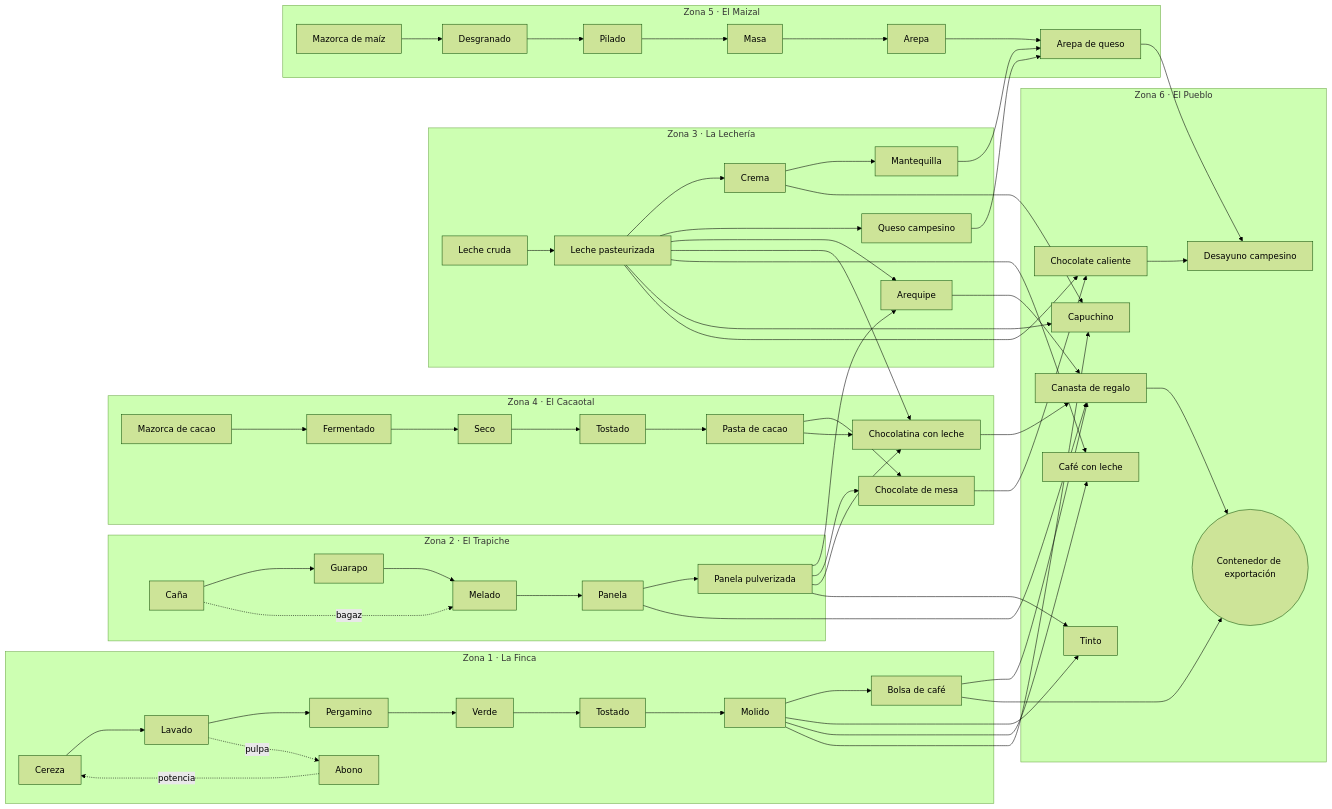
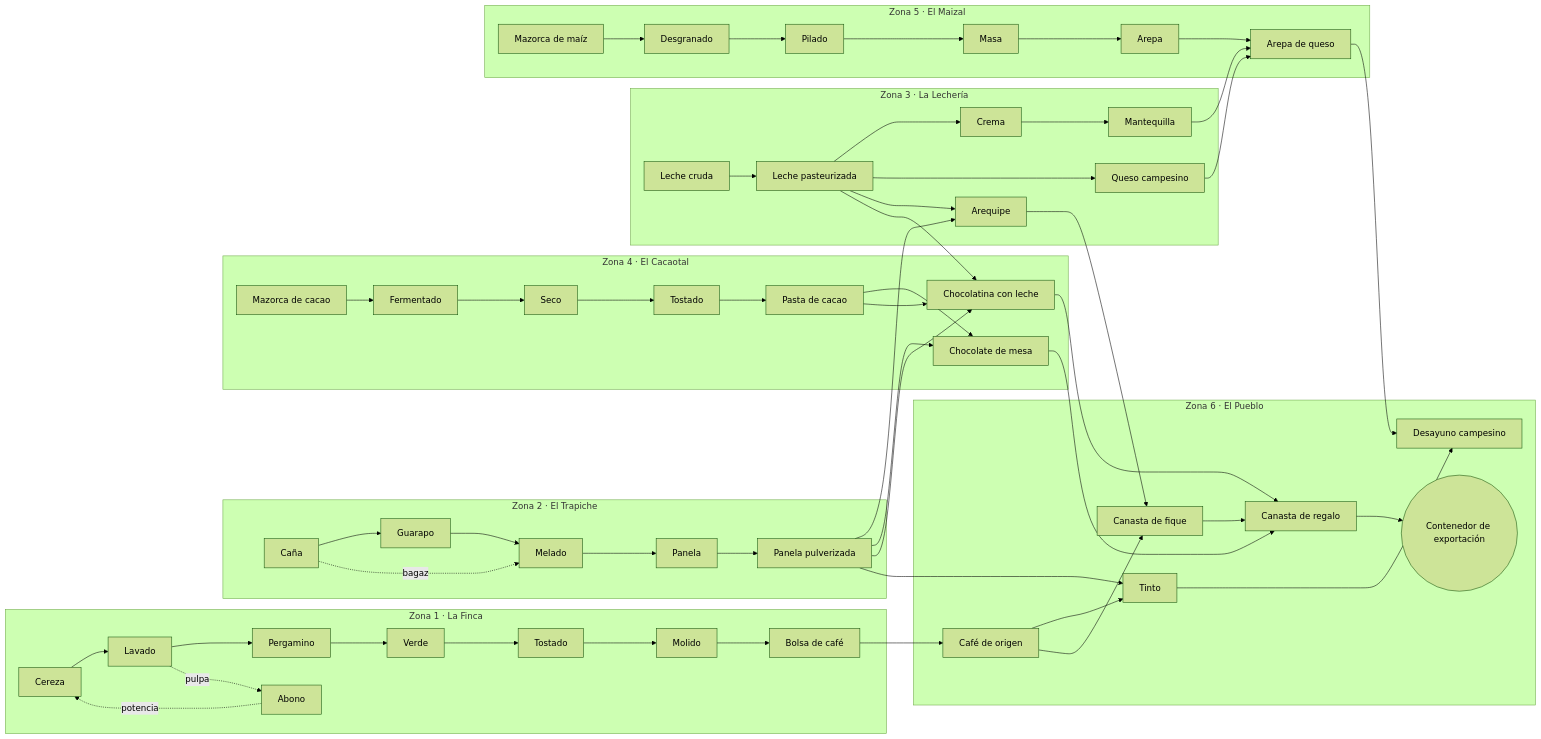
One commit to frealgagu/Game changed the diagram in docs/GDD.md. Above: the diagram before and after it, drawn with Mermaid (forest theme). The commit also changed other lines of this file and 32 other files, not shown here.

````diff
--- a/docs/GDD.md
+++ b/docs/GDD.md
@@ -107,48 +107,37 @@
 ```mermaid
 flowchart LR
   subgraph Z1[Zona 1 · La Finca]
     C1[Cereza] --> C2[Lavado] --> C3[Pergamino] --> C4[Verde] --> C5[Tostado] --> C6[Molido] --> C7[Bolsa de café]
     C2 -.pulpa.-> AB[Abono] -.potencia.-> C1
   end
   subgraph Z2[Zona 2 · El Trapiche]
     T1[Caña] --> T2[Guarapo] --> T3[Melado] --> T4[Panela] --> T5[Panela pulverizada]
     T1 -.bagazo.-> T3
   end
   subgraph Z3[Zona 3 · La Lechería]
     L1[Leche cruda] --> L2[Leche pasteurizada] --> L3[Crema] --> L4[Mantequilla]
     L2 --> L5[Queso campesino]
     L2 --> L6[Arequipe]
   end
   subgraph Z4[Zona 4 · El Cacaotal]
     K1[Mazorca de cacao] --> K2[Fermentado] --> K3[Seco] --> K4[Tostado] --> K5[Pasta de cacao]
     K5 --> K6[Chocolate de mesa]
     K5 --> K7[Chocolatina con leche]
   end
   subgraph Z5[Zona 5 · El Maizal]
     M1[Mazorca de maíz] --> M2[Desgranado] --> M3[Pilado] --> M4[Masa] --> M5[Arepa] --> M6[Arepa de queso]
   end
   subgraph Z6[Zona 6 · El Pueblo]
-    P1[Tinto]
-    P2[Café con leche]
-    P3[Capuchino]
-    P4[Chocolate caliente]
-    P5[Desayuno campesino]
-    P6[Canasta de regalo]
-    P7((Contenedor de exportación))
+    P1[Café de origen] --> P2[Tinto] --> P3[Desayuno campesino]
+    P1 --> P4[Canasta de fique] --> P5[Canasta de regalo] --> P6((Contenedor de exportación))
   end
-  T5 --> L6 & K6 & K7 & P1
-  L2 --> K7 & P2 & P3 & P4
+  T5 --> L6 & K6 & K7 & P2
+  L2 --> K7
   L5 --> M6
   L4 --> M6
-  L3 --> P3
-  C6 --> P1 & P2 & P3
-  K6 --> P4
-  M6 --> P5
-  P4 --> P5
-  C7 --> P6
-  T4 --> P6
-  L6 --> P6
-  K7 --> P6
-  P6 --> P7
-  C7 --> P7
+  C7 --> P1
+  M6 --> P3
+  L6 --> P4
+  K6 --> P5
+  K7 --> P5
 ```
````
